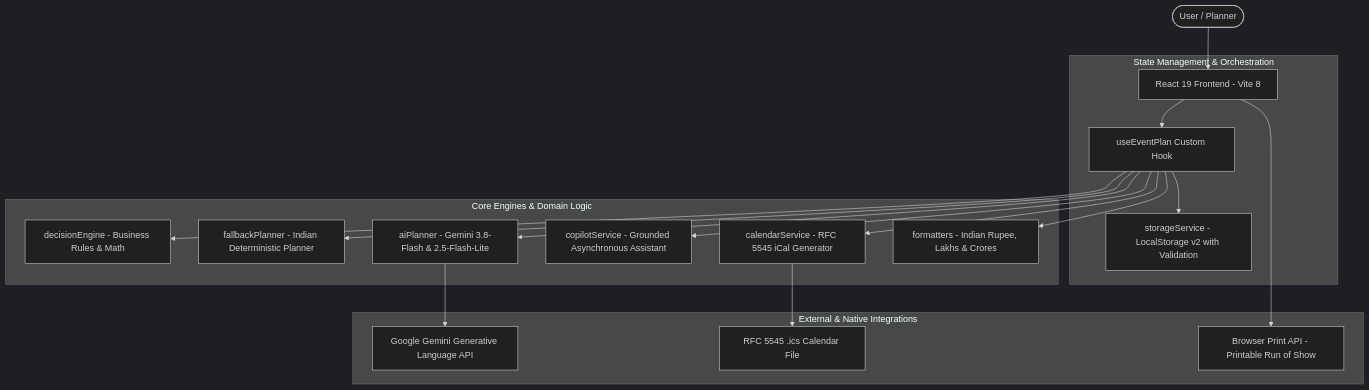
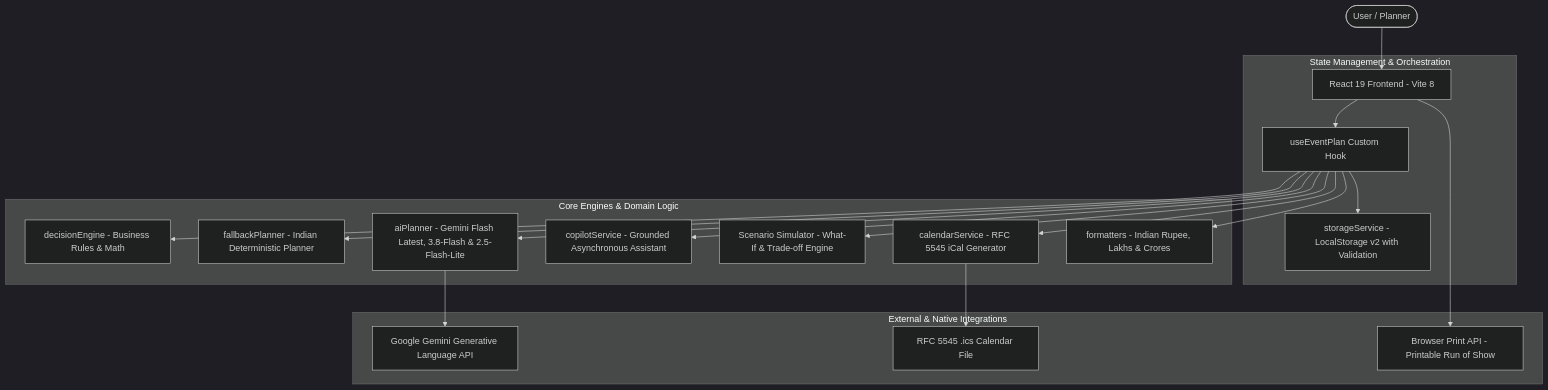
One commit to innocentgaming/virtual5 changed the first of 2 diagrams in README.md. Above: the diagram before and after it, drawn with Mermaid (dark theme). The commit also changed other lines of this file, not shown here.

Commit message:
docs: update README with what-if simulator, gemini-flash-latest tiering, 127 verified tests, and quickstart guide

````diff
--- a/README.md
+++ b/README.md
@@ -90,24 +92,25 @@
 ```mermaid
 flowchart TD
     User([User / Planner]) --> UI[React 19 Frontend - Vite 8]
     
     subgraph State Management & Orchestration
         UI --> Hook[useEventPlan Custom Hook]
         Hook --> Storage[storageService - LocalStorage v2 with Validation]
     end
 
     subgraph Core Engines & Domain Logic
         Hook --> Decision[decisionEngine - Business Rules & Math]
         Hook --> Fallback[fallbackPlanner - Indian Deterministic Planner]
-        Hook --> AI[aiPlanner - Gemini 3.8-Flash & 2.5-Flash-Lite]
+        Hook --> AI[aiPlanner - Gemini Flash Latest, 3.8-Flash & 2.5-Flash-Lite]
         Hook --> Copilot[copilotService - Grounded Asynchronous Assistant]
+        Hook --> Scenarios[Scenario Simulator - What-If & Trade-off Engine]
         Hook --> Calendar[calendarService - RFC 5545 iCal Generator]
         Hook --> Formatters[formatters - Indian Rupee, Lakhs & Crores]
     end
 
     subgraph External & Native Integrations
         AI --> GeminiAPI[Google Gemini Generative Language API]
         Calendar --> ICSFile[RFC 5545 .ics Calendar File]
         UI --> PrintEngine[Browser Print API - Printable Run of Show]
     end
 ```
````
